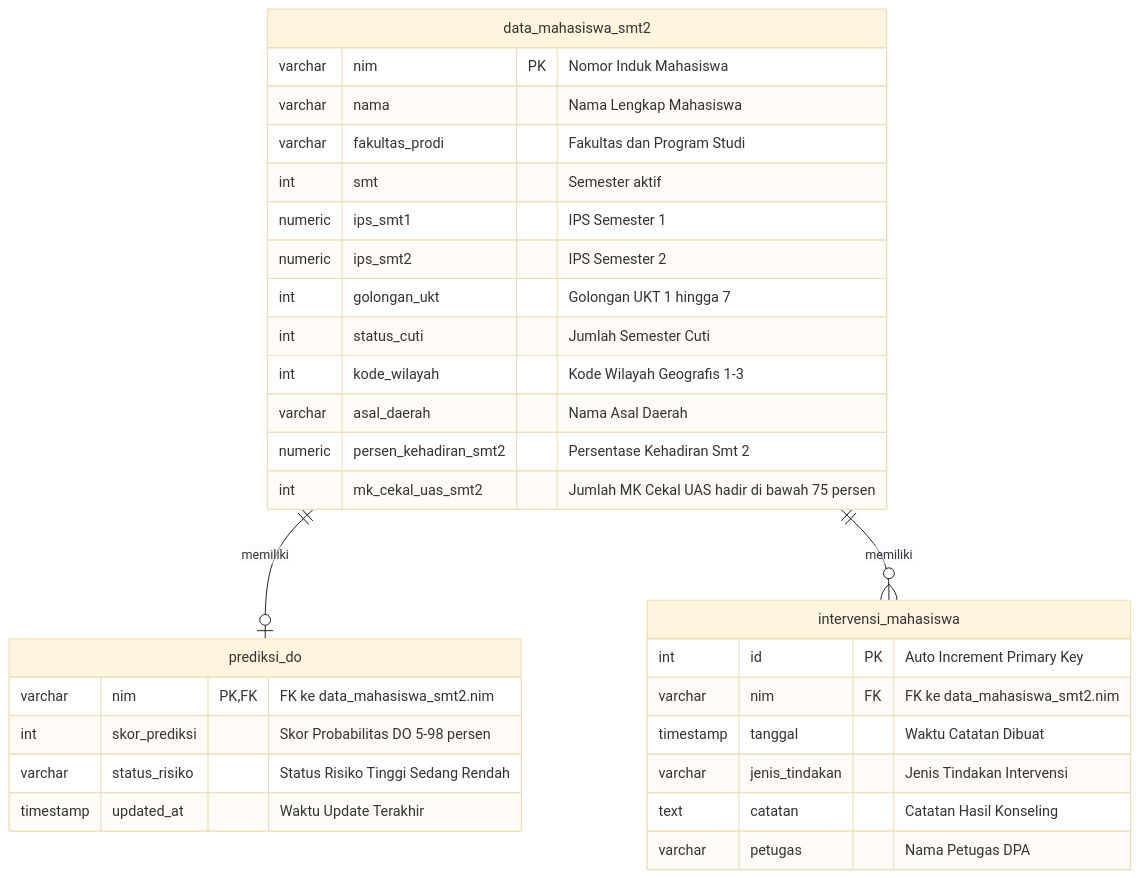
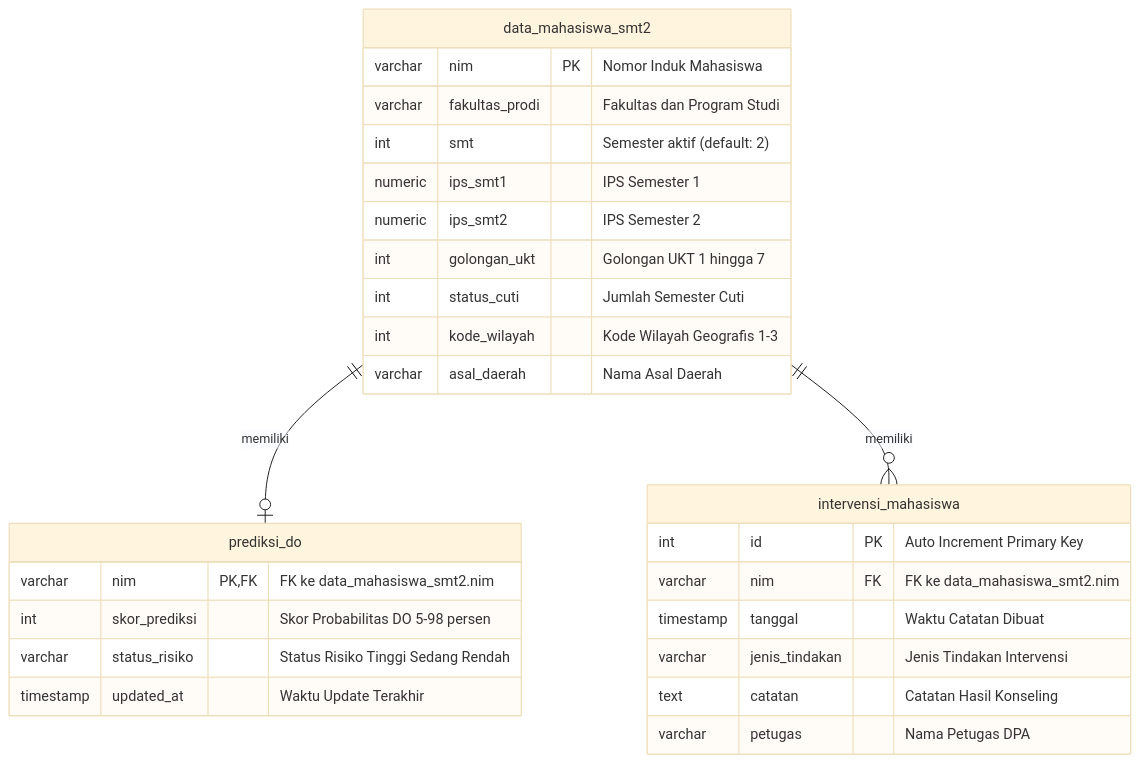
One commit to wahyusatya/Prediksi-DO-XGBoost-SHAP_Magang changed the second of 3 diagrams in DOCUMENTATION.md. Above: the diagram before and after it, drawn with Mermaid (base theme). The commit also changed other lines of this file and 6 other files, not shown here.

````diff
--- a/DOCUMENTATION.md
+++ b/DOCUMENTATION.md
@@ -48,36 +48,33 @@
 ```mermaid
 erDiagram
     data_mahasiswa_smt2 ||--o| prediksi_do : "memiliki"
     data_mahasiswa_smt2 ||--o{ intervensi_mahasiswa : "memiliki"
 
     data_mahasiswa_smt2 {
         varchar nim PK "Nomor Induk Mahasiswa"
-        varchar nama "Nama Lengkap Mahasiswa"
         varchar fakultas_prodi "Fakultas dan Program Studi"
-        int smt "Semester aktif"
+        int smt "Semester aktif (default: 2)"
         numeric ips_smt1 "IPS Semester 1"
         numeric ips_smt2 "IPS Semester 2"
         int golongan_ukt "Golongan UKT 1 hingga 7"
         int status_cuti "Jumlah Semester Cuti"
         int kode_wilayah "Kode Wilayah Geografis 1-3"
         varchar asal_daerah "Nama Asal Daerah"
-        numeric persen_kehadiran_smt2 "Persentase Kehadiran Smt 2"
-        int mk_cekal_uas_smt2 "Jumlah MK Cekal UAS hadir di bawah 75 persen"
     }
 
     prediksi_do {
         varchar nim PK, FK "FK ke data_mahasiswa_smt2.nim"
         int skor_prediksi "Skor Probabilitas DO 5-98 persen"
         varchar status_risiko "Status Risiko Tinggi Sedang Rendah"
         timestamp updated_at "Waktu Update Terakhir"
     }
 
     intervensi_mahasiswa {
         int id PK "Auto Increment Primary Key"
         varchar nim FK "FK ke data_mahasiswa_smt2.nim"
         timestamp tanggal "Waktu Catatan Dibuat"
         varchar jenis_tindakan "Jenis Tindakan Intervensi"
         text catatan "Catatan Hasil Konseling"
         varchar petugas "Nama Petugas DPA"
     }
 ```
````
